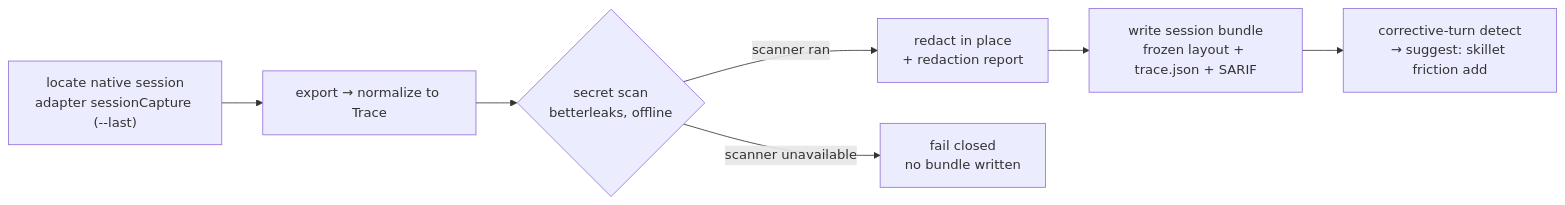
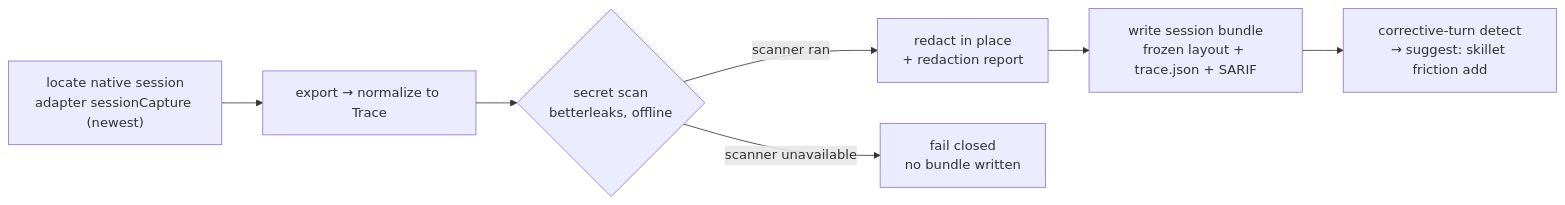
Before and after one commit to 21-DOT-DEV/skillet: the first of 5 diagrams in skillet-design.md, drawn with Mermaid. The commit also changed other lines of this file and 56 other files, not shown here.

````diff
--- a/skillet-design.md
+++ b/skillet-design.md
@@ -410,14 +410,14 @@
 ```mermaid
 flowchart LR
-    L["locate native session<br/>adapter sessionCapture (--last)"]
+    L["locate native session<br/>adapter sessionCapture (newest)"]
     E["export → normalize to Trace"]
     SCAN{"secret scan<br/>betterleaks, offline"}
     RED["redact in place<br/>+ redaction report"]
     FC["fail closed<br/>no bundle written"]
     W["write session bundle<br/>frozen layout + trace.json + SARIF"]
     D["corrective-turn detect<br/>→ suggest: skillet friction add"]
 
     L --> E --> SCAN
     SCAN -- scanner ran --> RED --> W --> D
     SCAN -- scanner unavailable --> FC
 ```
````
